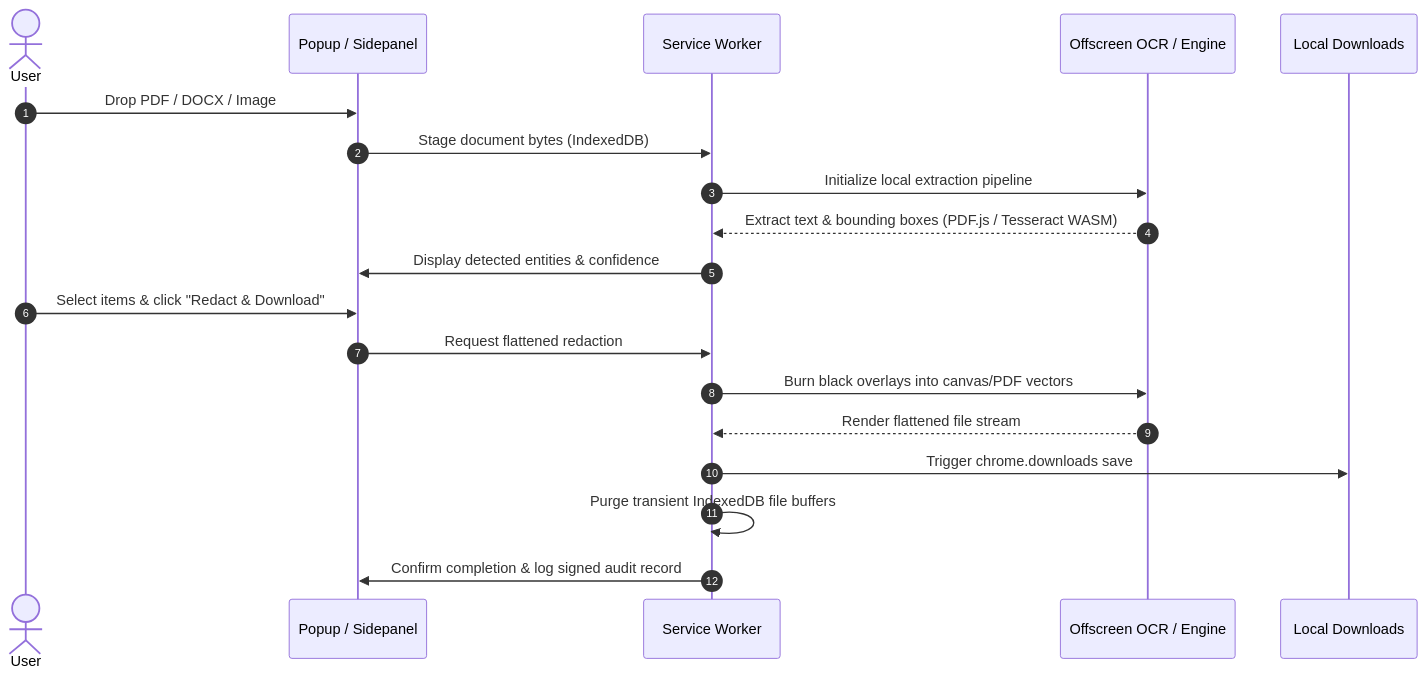
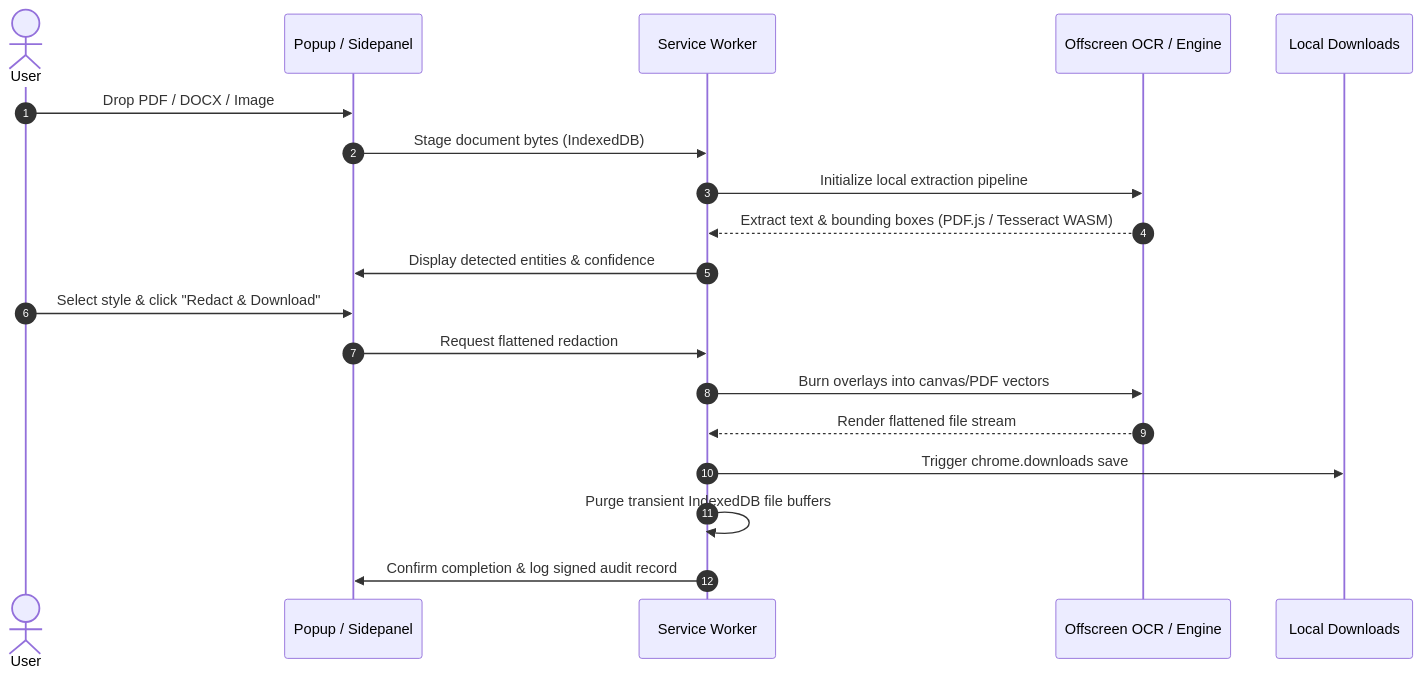
The second of 2 diagrams in README.md (ACR-LOGIC/governworld-chrome-extension), drawn with Mermaid before and after one commit. The commit also changed other lines of this file, not shown here.

````diff
--- a/README.md
+++ b/README.md
@@ -130,22 +333,22 @@
 ```mermaid
 sequenceDiagram
     autonumber
     actor User
     participant UI as Popup / Sidepanel
     participant SW as Service Worker
     participant Offscreen as Offscreen OCR / Engine
     participant Disk as Local Downloads
 
     User->>UI: Drop PDF / DOCX / Image
     UI->>SW: Stage document bytes (IndexedDB)
     SW->>Offscreen: Initialize local extraction pipeline
     Offscreen-->>SW: Extract text & bounding boxes (PDF.js / Tesseract WASM)
     SW->>UI: Display detected entities & confidence
-    User->>UI: Select items & click "Redact & Download"
+    User->>UI: Select style & click "Redact & Download"
     UI->>SW: Request flattened redaction
-    SW->>Offscreen: Burn black overlays into canvas/PDF vectors
+    SW->>Offscreen: Burn overlays into canvas/PDF vectors
     Offscreen-->>SW: Render flattened file stream
     SW->>Disk: Trigger chrome.downloads save
     SW->>SW: Purge transient IndexedDB file buffers
     SW->>UI: Confirm completion & log signed audit record
 ```
````
